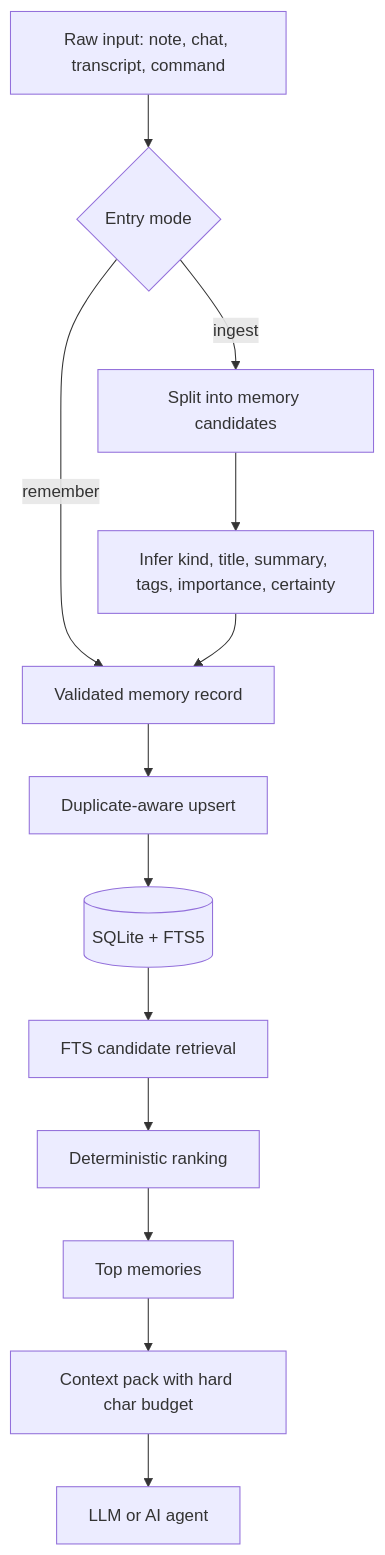
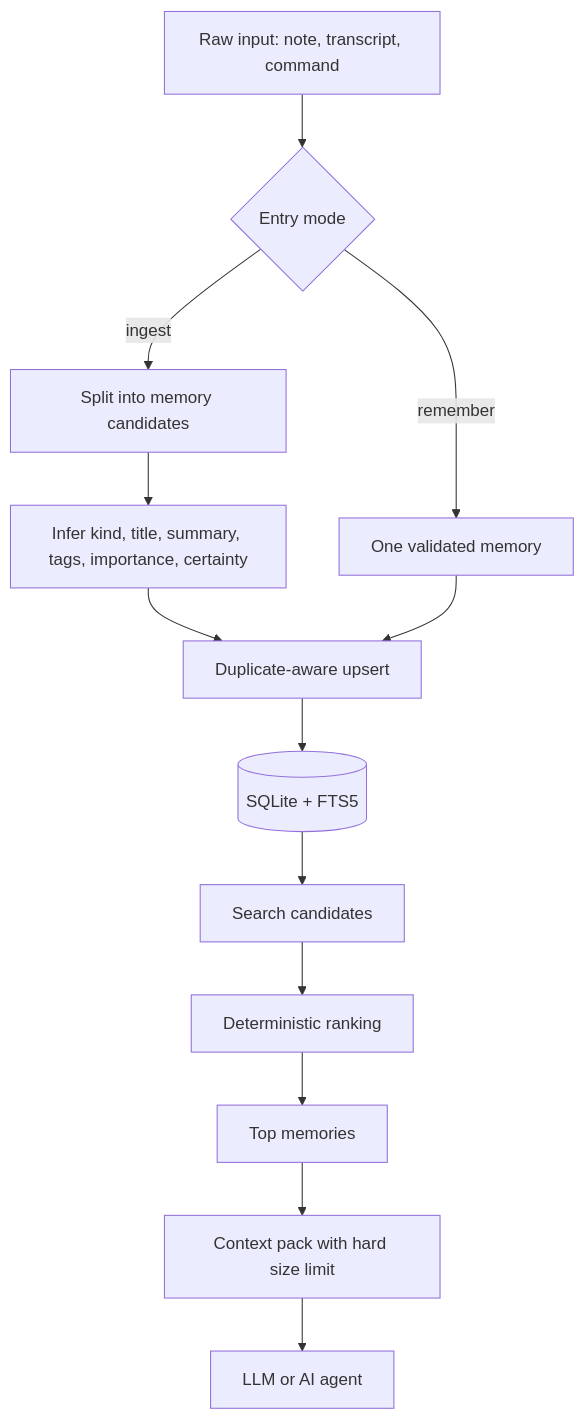
Before and after one commit to Artem362/memory-kernel: the first of 2 diagrams in docs/OPERATING_GUIDE_UK.md, drawn with Mermaid. The commit also changed other lines of this file, not shown here.

````diff
--- a/docs/OPERATING_GUIDE_UK.md
+++ b/docs/OPERATING_GUIDE_UK.md
@@ -133,15 +173,15 @@
 ```mermaid
 flowchart TD
-    A[Raw input: note, chat, transcript, command] --> B{Entry mode}
-    B -->|remember| C[Validated memory record]
+    A[Raw input: note, transcript, command] --> B{Entry mode}
+    B -->|remember| C[One validated memory]
     B -->|ingest| D[Split into memory candidates]
     D --> E[Infer kind, title, summary, tags, importance, certainty]
-    E --> C
-    C --> F[Duplicate-aware upsert]
+    E --> F[Duplicate-aware upsert]
+    C --> F
     F --> G[(SQLite + FTS5)]
-    G --> H[FTS candidate retrieval]
+    G --> H[Search candidates]
     H --> I[Deterministic ranking]
     I --> J[Top memories]
-    J --> K[Context pack with hard char budget]
+    J --> K[Context pack with hard size limit]
     K --> L[LLM or AI agent]
 ```
````
